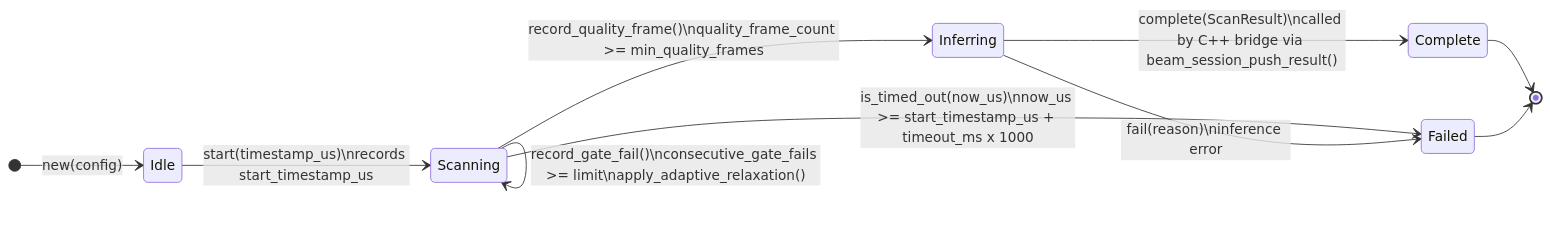
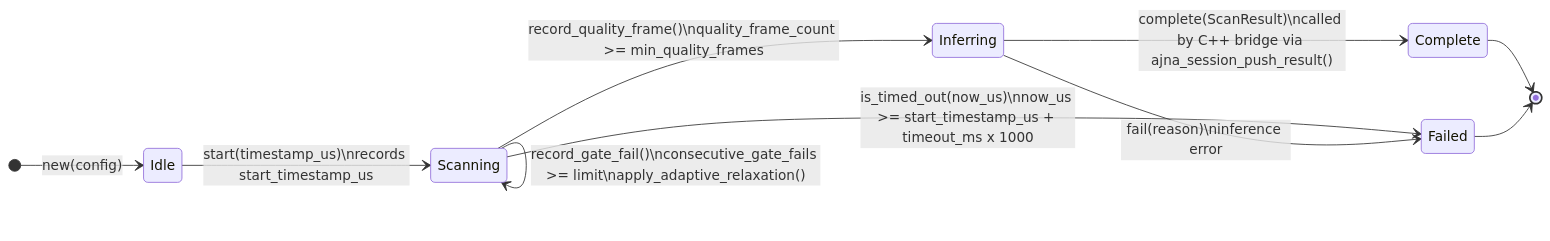
Before and after one commit to NeoOne601/beam-sdk: the fourth of 11 diagrams in README.md, drawn with Mermaid. The commit also changed other lines of this file and 146 other files, not shown here.

First line of the commit message:
refactor: rebrand Beam to Ajna across workspace, FFI, platform bridges, and docs

````diff
--- a/README.md
+++ b/README.md
@@ -187,20 +187,20 @@
 ```mermaid
 stateDiagram-v2
     direction LR
     [*] --> Idle : new(config)
 
     Idle --> Scanning : start(timestamp_us)\nrecords start_timestamp_us
 
     Scanning --> Scanning : record_gate_fail()\nconsecutive_gate_fails under adaptive_gate_limit
     Scanning --> Scanning : record_gate_fail()\nconsecutive_gate_fails >= limit\napply_adaptive_relaxation()
 
     Scanning --> Inferring : record_quality_frame()\nquality_frame_count >= min_quality_frames
 
     Scanning --> Failed : is_timed_out(now_us)\nnow_us >= start_timestamp_us + timeout_ms x 1000
 
-    Inferring --> Complete : complete(ScanResult)\ncalled by C++ bridge via beam_session_push_result()
+    Inferring --> Complete : complete(ScanResult)\ncalled by C++ bridge via ajna_session_push_result()
     Inferring --> Failed : fail(reason)\ninference error
 
     Complete --> [*]
     Failed --> [*]
 ```
````
